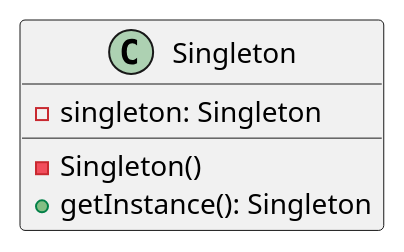
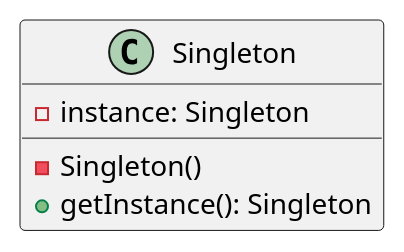
Before and after one commit to nazares/Design-Patterns: the diagram in README.md, drawn with PlantUML. The commit also changed other lines of this file, not shown here.

Commit message:
Add Singleton pattern description

````diff
--- a/README.md
+++ b/README.md
@@ -7,10 +25,11 @@
 ```plantuml
 @startuml
 class Singleton
 {
-    - singleton: Singleton
+    - instance: Singleton
     - Singleton()
     + getInstance(): Singleton
 }
+
 @enduml
 ```
````
